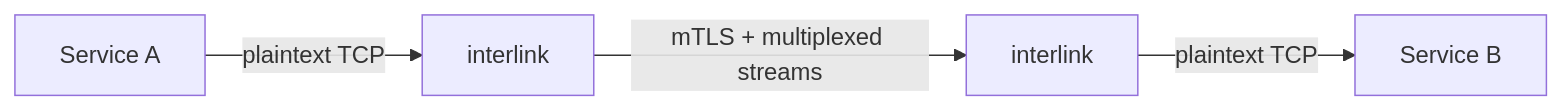
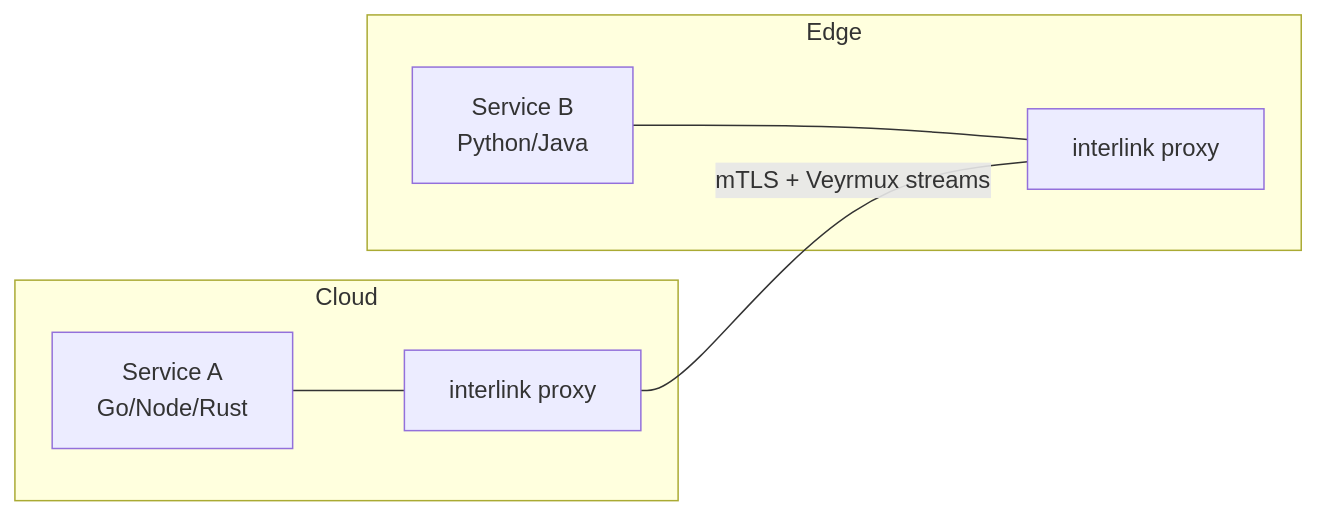
The first of 3 diagrams in README.md (alexandernicholson/interlink), drawn with Mermaid before and after one commit. The commit also changed other lines of this file and 1 other file, not shown here.

First line of the commit message:
docs: restore README architecture and benchmark diagrams

````diff
--- a/README.md
+++ b/README.md
@@ -6,6 +6,10 @@
 ```mermaid
-flowchart LR
-    A[Service A] -->|plaintext TCP| P1[interlink]
-    P1 -->|mTLS + multiplexed streams| P2[interlink]
-    P2 -->|plaintext TCP| B[Service B]
+graph LR
+    subgraph Cloud
+        A[Service A<br/>Go/Node/Rust] --- P1[interlink proxy]
+    end
+    subgraph Edge
+        B[Service B<br/>Python/Java] --- P2[interlink proxy]
+    end
+    P1 -- mTLS + Veyrmux streams --- P2
 ```
````
